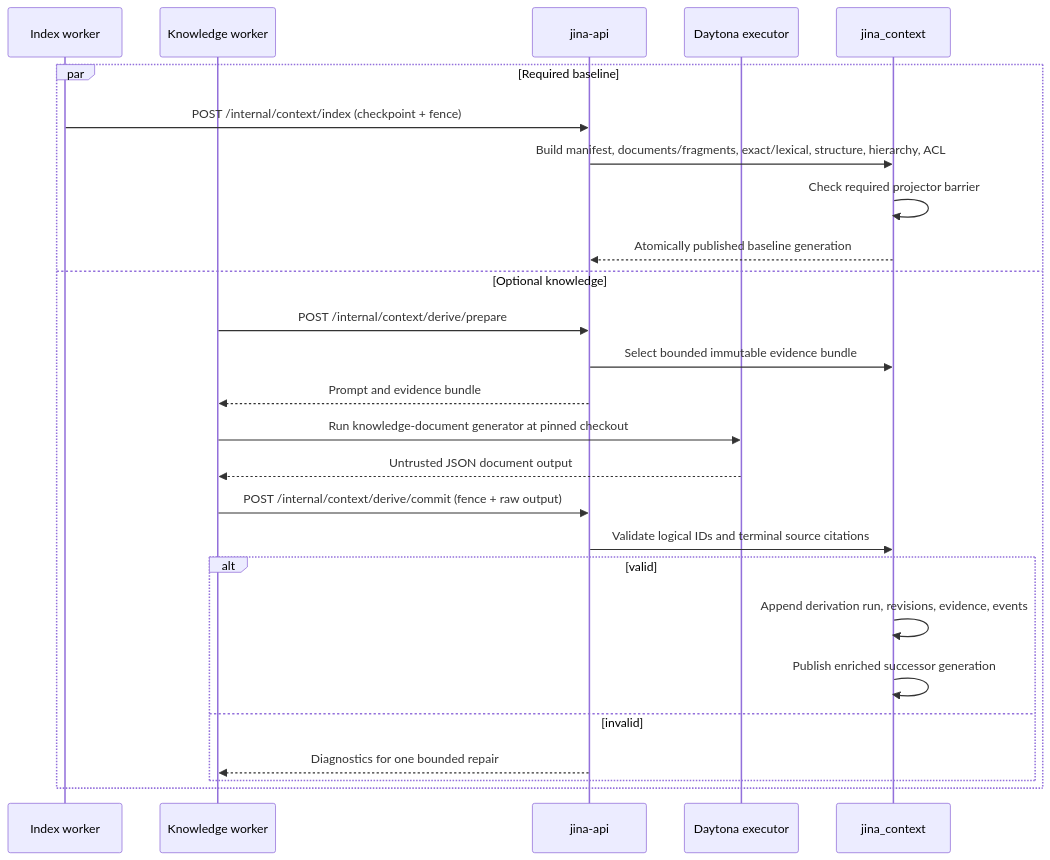
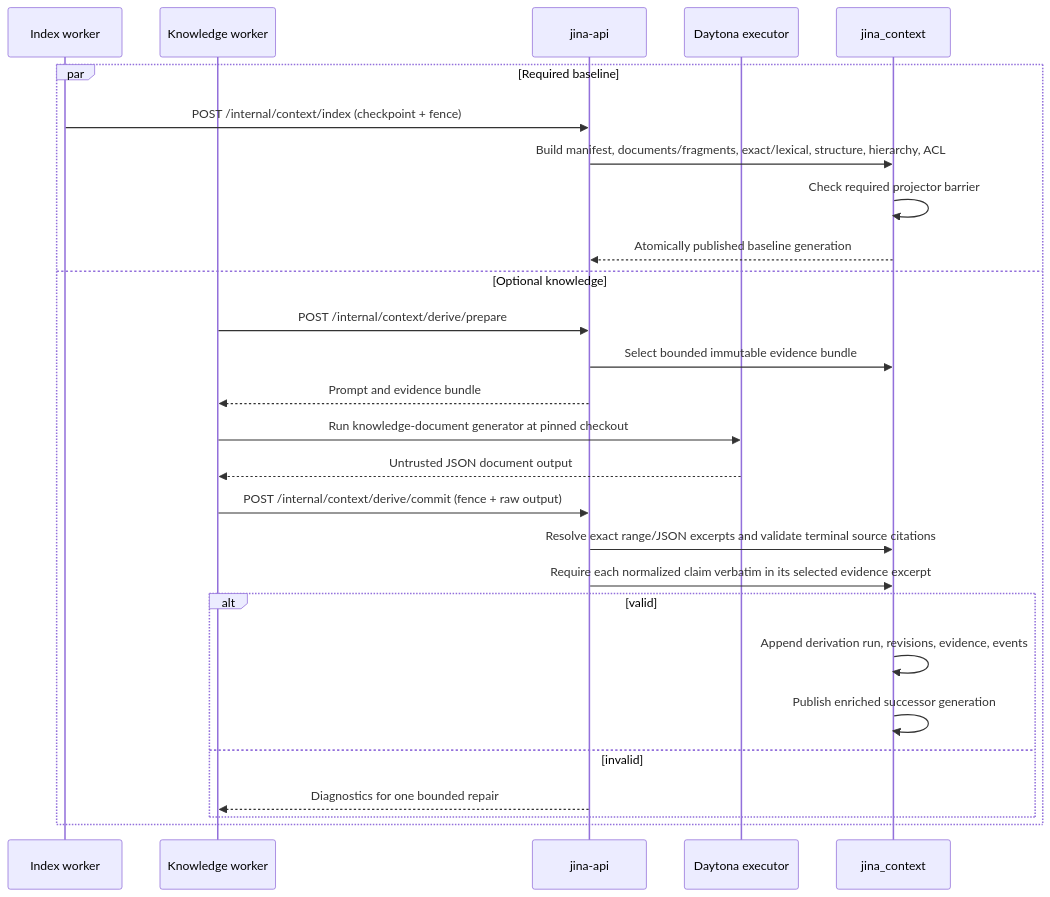
One commit to keon/jina-context-wiki-e2e-20260808 changed the fourth of 9 diagrams in docs/SEQUENCE_DIAGRAM.md. Above: the diagram before and after it, drawn with Mermaid. The commit also changed other lines of this file and 47 other files, not shown here.

````diff
--- a/docs/SEQUENCE_DIAGRAM.md
+++ b/docs/SEQUENCE_DIAGRAM.md
@@ -74,29 +78,30 @@
 ```mermaid
 sequenceDiagram
     participant IW as Index worker
     participant KW as Knowledge worker
     participant API as jina-api
     participant DX as Daytona executor
     participant DB as jina_context
 
     par Required baseline
         IW->>API: POST /internal/context/index (checkpoint + fence)
         API->>DB: Build manifest, documents/fragments, exact/lexical, structure, hierarchy, ACL
         DB->>DB: Check required projector barrier
         DB-->>API: Atomically published baseline generation
     and Optional knowledge
         KW->>API: POST /internal/context/derive/prepare
         API->>DB: Select bounded immutable evidence bundle
         API-->>KW: Prompt and evidence bundle
         KW->>DX: Run knowledge-document generator at pinned checkout
         DX-->>KW: Untrusted JSON document output
         KW->>API: POST /internal/context/derive/commit (fence + raw output)
-        API->>DB: Validate logical IDs and terminal source citations
+        API->>DB: Resolve exact range/JSON excerpts and validate terminal source citations
+        API->>DB: Require each normalized claim verbatim in its selected evidence excerpt
         alt valid
             DB->>DB: Append derivation run, revisions, evidence, events
             DB->>DB: Publish enriched successor generation
         else invalid
             API-->>KW: Diagnostics for one bounded repair
         end
     end
 ```
````
